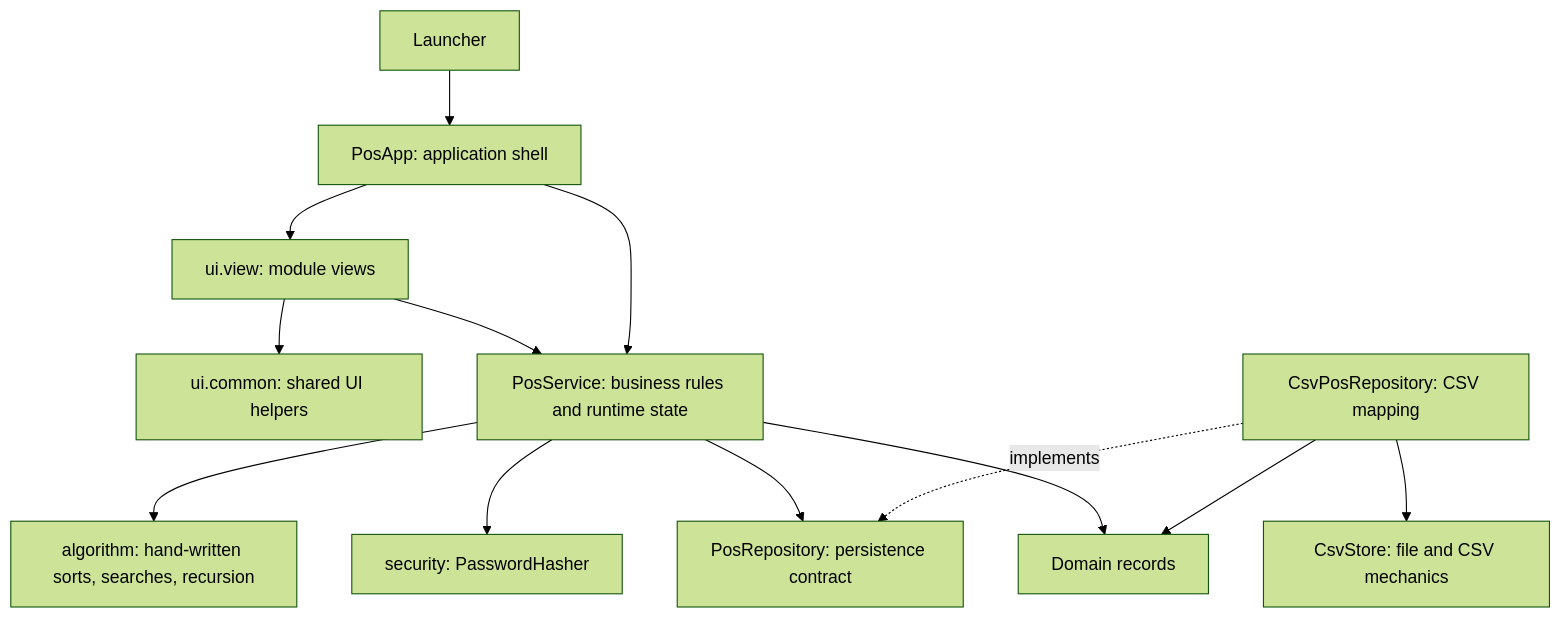
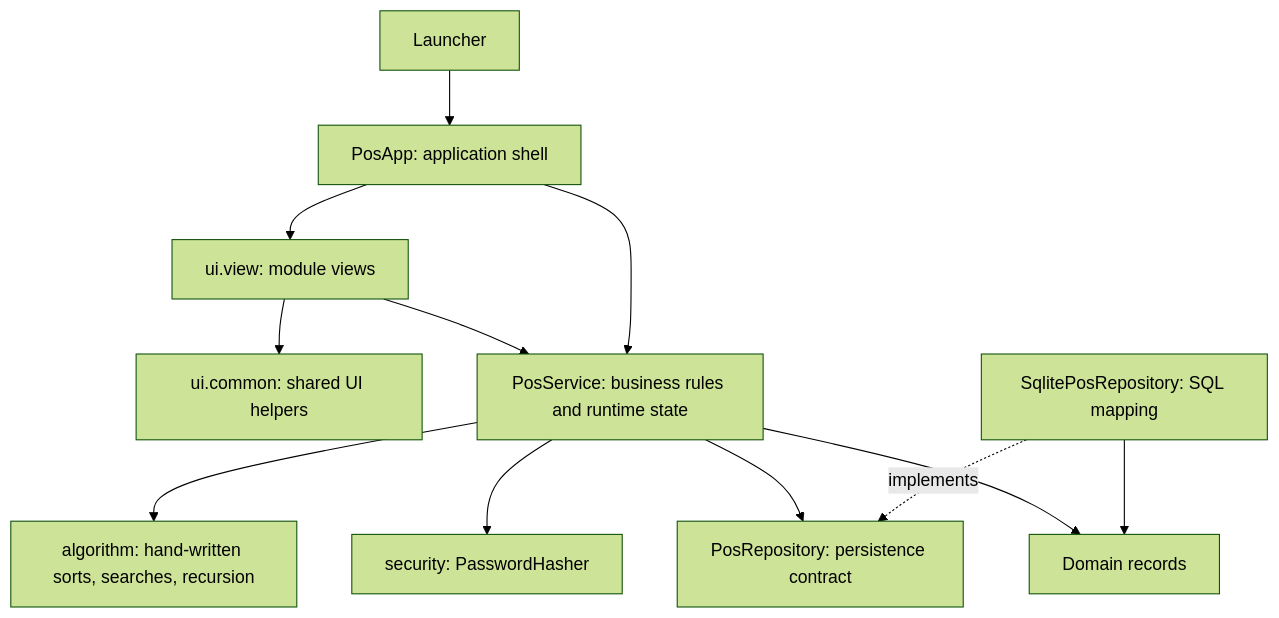
The diagram in docs/architecture.md (kyledelfin2006/kofi-pos-and-inventory-system), drawn with Mermaid (forest theme) before and after one commit. The commit also changed other lines of this file and 27 other files, not shown here.

Commit message:
Replace CSV storage with SQLite and reset starter stock to 50

````diff
--- a/docs/architecture.md
+++ b/docs/architecture.md
@@ -7,15 +7,14 @@
 ```mermaid
 flowchart TD
     Launcher --> App[PosApp: application shell]
     App --> Views[ui.view: module views]
     Views --> Common[ui.common: shared UI helpers]
     Views --> Service[PosService: business rules and runtime state]
     App --> Service
     Service --> Algo[algorithm: hand-written sorts, searches, recursion]
     Service --> Sec[security: PasswordHasher]
     Service --> Port[PosRepository: persistence contract]
-    CsvRepo[CsvPosRepository: CSV mapping] -. implements .-> Port
-    CsvRepo --> Csv[CsvStore: file and CSV mechanics]
+    SqliteRepo[SqlitePosRepository: SQL mapping] -. implements .-> Port
     Service --> Models[Domain records]
-    CsvRepo --> Models
+    SqliteRepo --> Models
 ```
````
